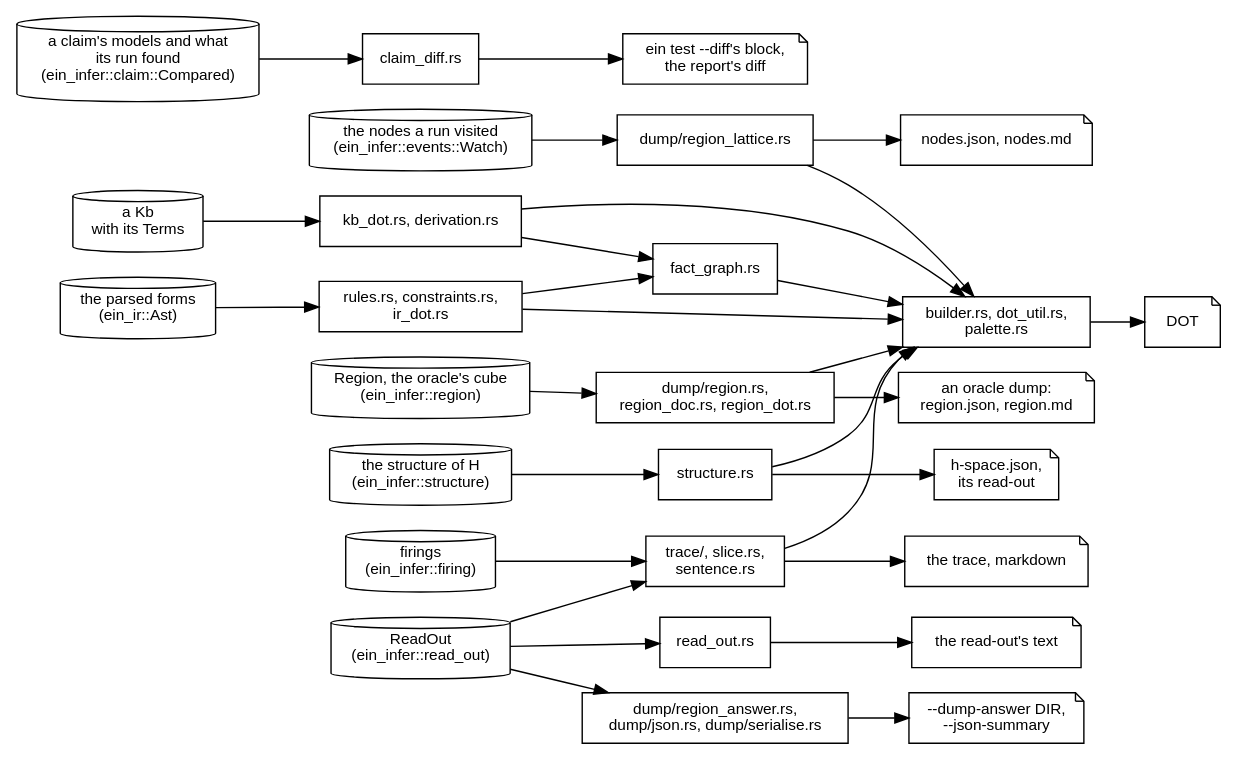
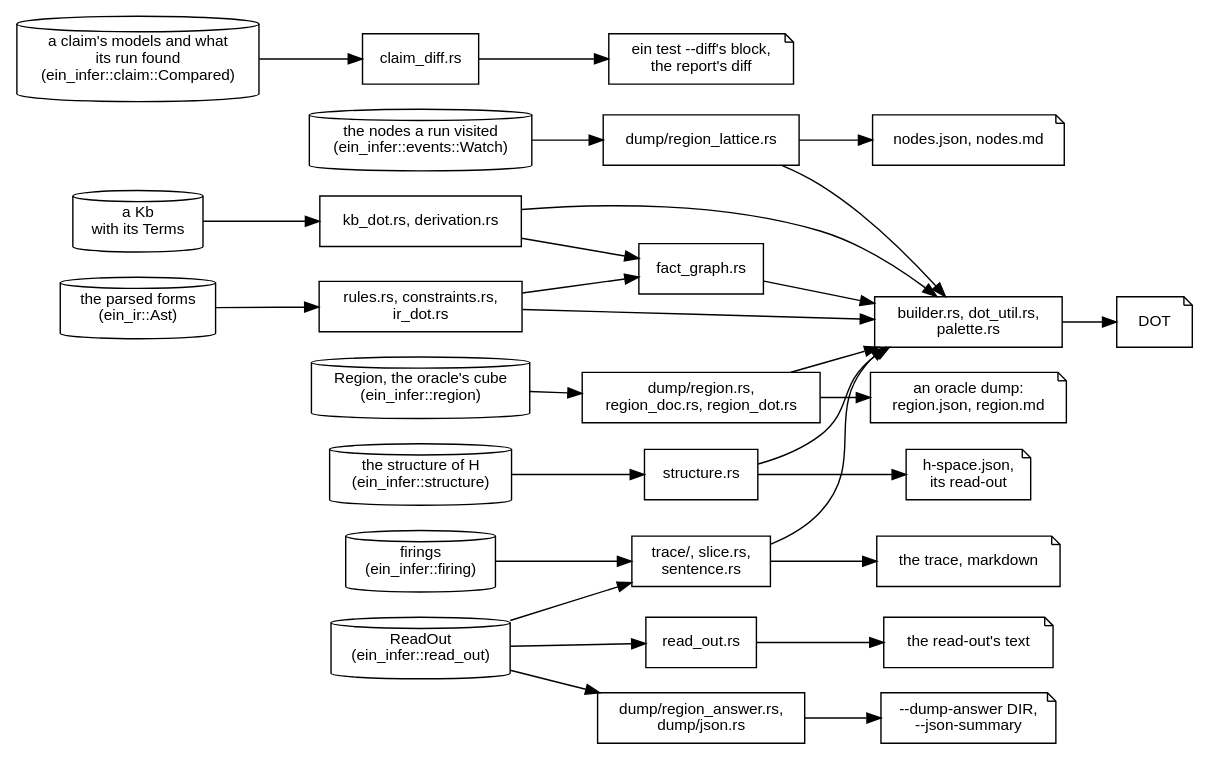
Before and after one commit to agutikov/ein: the diagram in docs/ein/ein.rs/diagrams/01-ein-render-modules.dot, drawn with Graphviz. The commit also changed 10 other files, not shown here.

```diff
--- a/docs/ein/ein.rs/diagrams/01-ein-render-modules.dot
+++ b/docs/ein/ein.rs/diagrams/01-ein-render-modules.dot
@@ -1,43 +1,43 @@
 digraph ein_render {
   rankdir=LR;
   node [shape=box, fontname="Helvetica", fontsize=11];
   edge [fontname="Helvetica", fontsize=9];
 
   forms   [shape=cylinder, label="the parsed forms\n(ein_ir::Ast)"];
   kb      [shape=cylinder, label="a Kb\nwith its Terms"];
   firings [shape=cylinder, label="firings\n(ein_infer::firing)"];
   ro      [shape=cylinder, label="ReadOut\n(ein_infer::read_out)"];
   cube    [shape=cylinder, label="Region, the oracle's cube\n(ein_infer::region)"];
   hs      [shape=cylinder, label="the structure of H\n(ein_infer::structure)"];
   visits  [shape=cylinder, label="the nodes a run visited\n(ein_infer::events::Watch)"];
   cmp     [shape=cylinder, label="a claim's models and what\nits run found\n(ein_infer::claim::Compared)"];
 
   prog  [label="rules.rs, constraints.rs,\nir_dot.rs"];
   kbv   [label="kb_dot.rs, derivation.rs"];
   trace [label="trace/, slice.rs,\nsentence.rs"];
   text  [label="read_out.rs"];
   cdiff [label="claim_diff.rs"];
-  dans  [label="dump/region_answer.rs,\ndump/json.rs, dump/serialise.rs"];
+  dans  [label="dump/region_answer.rs,\ndump/json.rs"];
   dlat  [label="dump/region_lattice.rs"];
   dreg  [label="dump/region.rs,\nregion_doc.rs, region_dot.rs"];
   struc [label="structure.rs"];
   facts [label="fact_graph.rs"];
   dot   [label="builder.rs, dot_util.rs,\npalette.rs"];
 
   o_dot  [shape=note, label="DOT"];
   o_md   [shape=note, label="the trace, markdown"];
   o_out  [shape=note, label="the read-out's text"];
   o_ans  [shape=note, label="--dump-answer DIR,\n--json-summary"];
   o_lat  [shape=note, label="nodes.json, nodes.md"];
   o_reg  [shape=note, label="an oracle dump:\nregion.json, region.md"];
   o_hs   [shape=note, label="h-space.json,\nits read-out"];
   o_diff [shape=note, label="ein test --diff's block,\nthe report's diff"];
 
   forms -> prog;  kb -> kbv;  firings -> trace;  ro -> trace;
   ro -> text;  ro -> dans;  visits -> dlat;  cube -> dreg;  hs -> struc;  cmp -> cdiff;
   prog -> facts;  kbv -> facts;  facts -> dot;
   prog -> dot;  kbv -> dot;  trace -> dot;  dlat -> dot;  dreg -> dot;  struc -> dot;
   dot -> o_dot;
   trace -> o_md;  text -> o_out;  dans -> o_ans;  dlat -> o_lat;  dreg -> o_reg;  struc -> o_hs;
   cdiff -> o_diff;
 }
```
